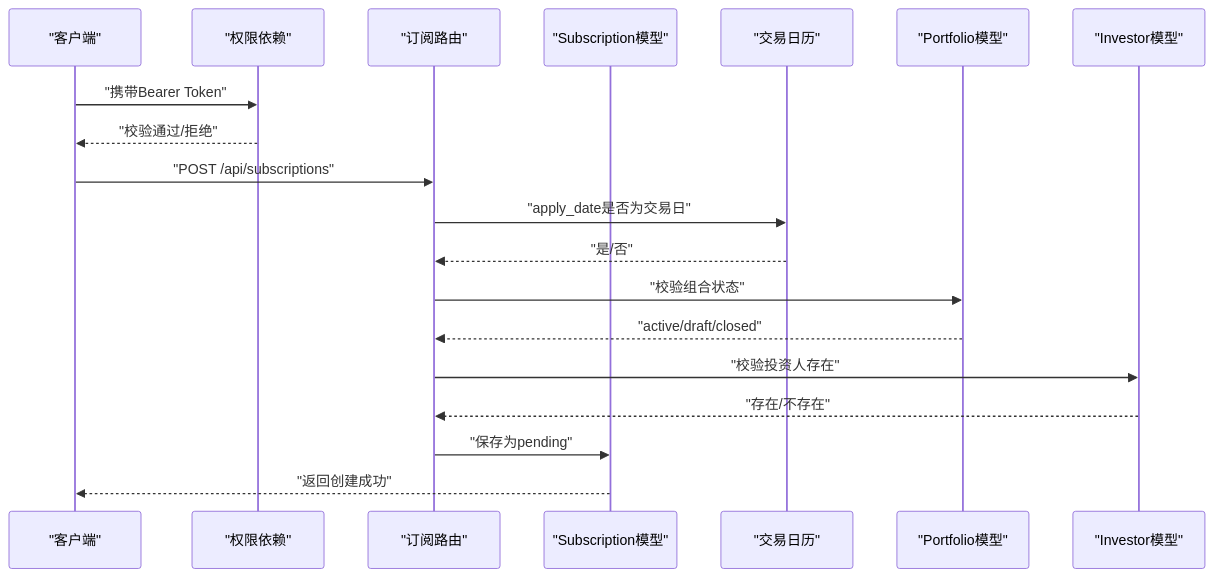
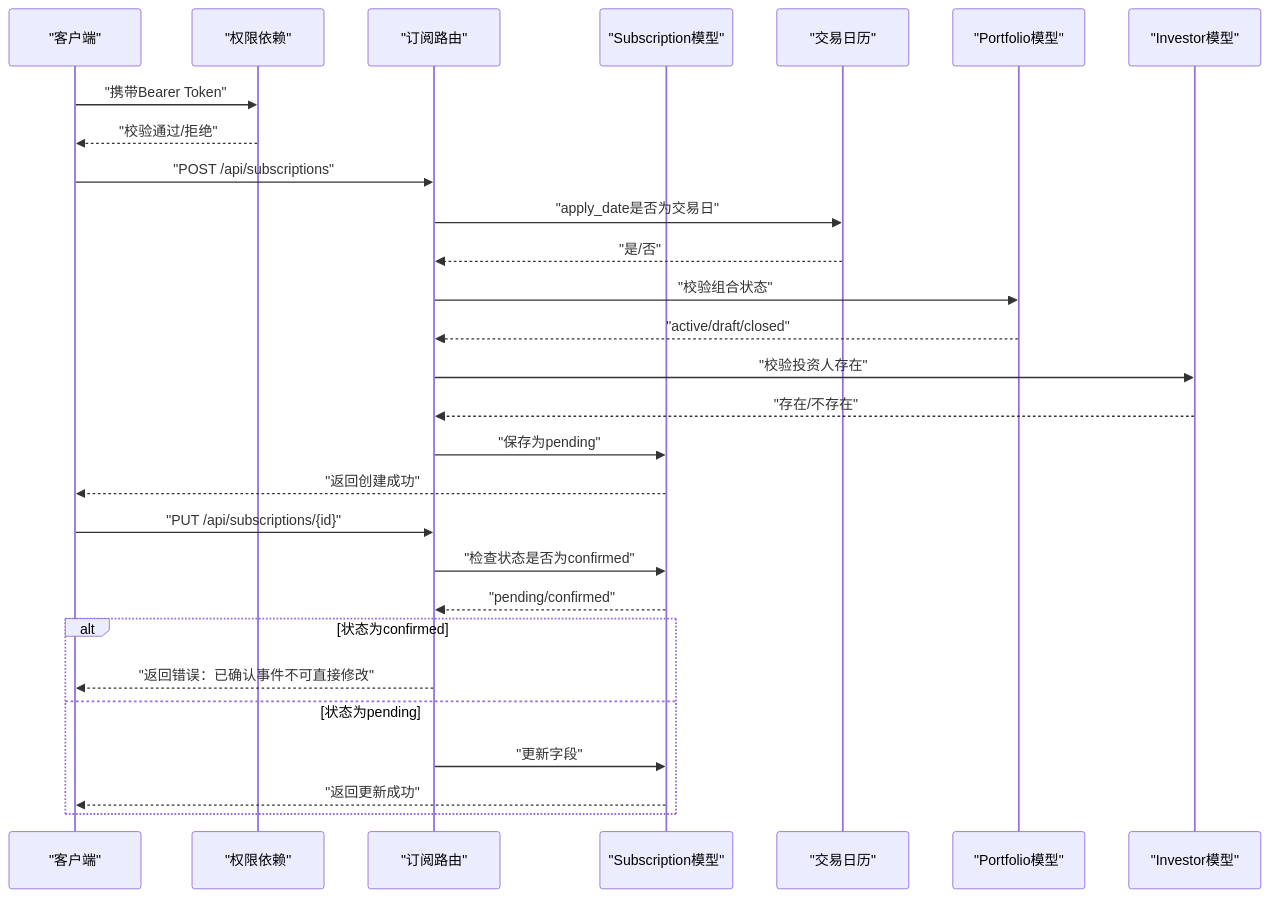
Before and after one commit to gujialind/InvestRing: the second of 6 diagrams in .qoder/repowiki/zh/content/后端API文档/申购赎回API.md, drawn with Mermaid. The commit also changed other lines of this file and 97 other files, not shown here.

````diff
--- a/.qoder/repowiki/zh/content/后端API文档/申购赎回API.md
+++ b/.qoder/repowiki/zh/content/后端API文档/申购赎回API.md
@@ -97,21 +107,30 @@
 ```mermaid
 sequenceDiagram
 participant 客户端 as "客户端"
 participant 认证 as "权限依赖"
 participant 路由 as "订阅路由"
 participant 模型 as "Subscription模型"
 participant 日历 as "交易日历"
 participant 组合 as "Portfolio模型"
 participant 投资者 as "Investor模型"
 客户端->>认证 : "携带Bearer Token"
 认证-->>客户端 : "校验通过/拒绝"
 客户端->>路由 : "POST /api/subscriptions"
 路由->>日历 : "apply_date是否为交易日"
 日历-->>路由 : "是/否"
 路由->>组合 : "校验组合状态"
 组合-->>路由 : "active/draft/closed"
 路由->>投资者 : "校验投资人存在"
 投资者-->>路由 : "存在/不存在"
 路由->>模型 : "保存为pending"
 模型-->>客户端 : "返回创建成功"
+客户端->>路由 : "PUT /api/subscriptions/{id}"
+路由->>模型 : "检查状态是否为confirmed"
+模型-->>路由 : "pending/confirmed"
+alt 状态为confirmed
+路由-->>客户端 : "返回错误：已确认事件不可直接修改"
+else 状态为pending
+路由->>模型 : "更新字段"
+模型-->>客户端 : "返回更新成功"
+end
 ```
````
